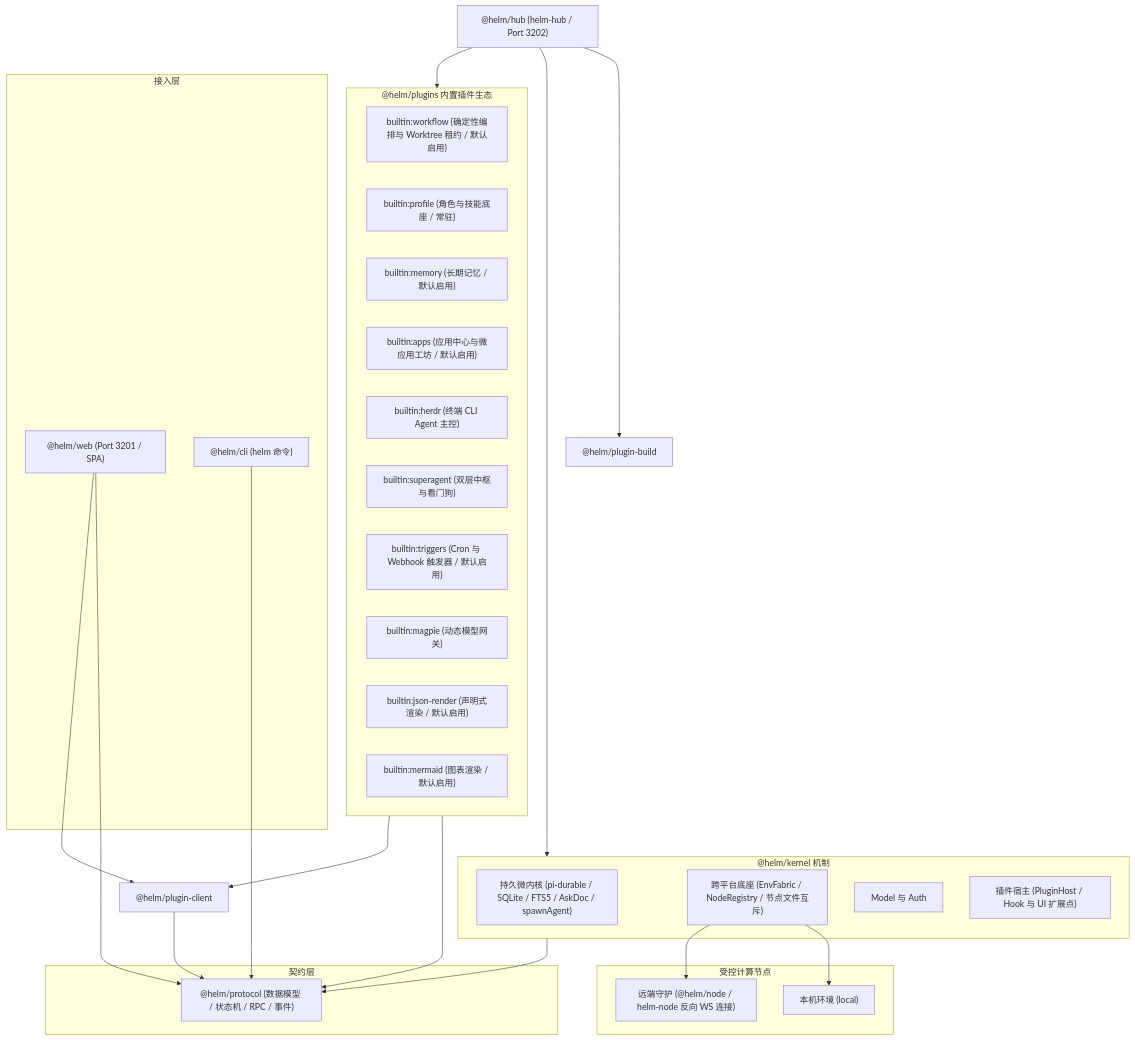
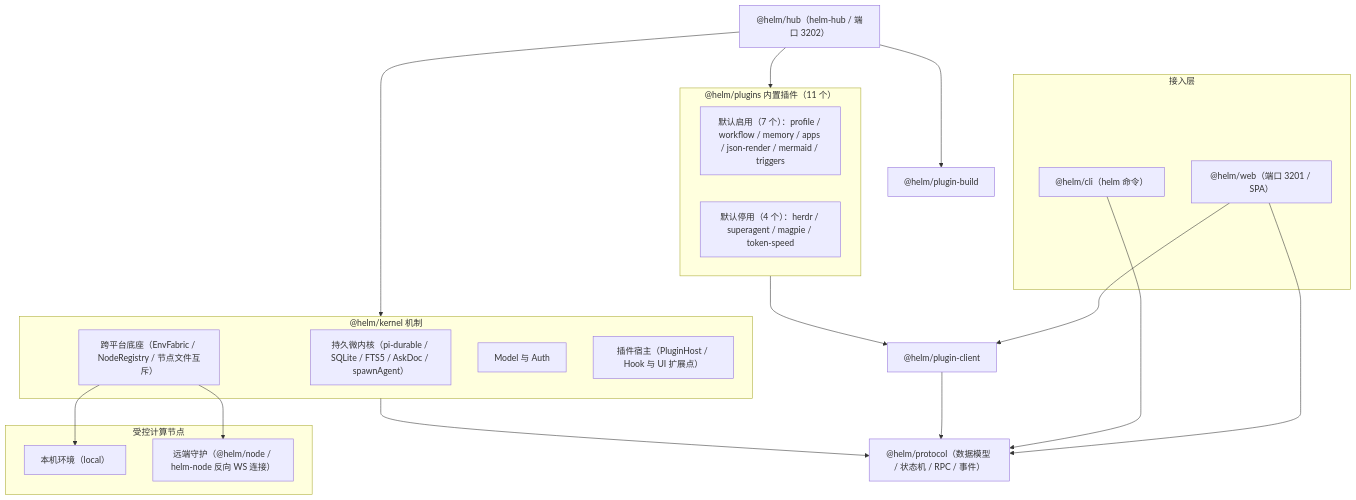
One commit to team4u/helm changed the diagram in README.md. Above: the diagram before and after it, drawn with Mermaid. The commit also changed other lines of this file and 4 other files, not shown here.

````diff
--- a/README.md
+++ b/README.md
@@ -53,52 +30,41 @@
 ```mermaid
 flowchart TD
     subgraph Client["接入层"]
-        Web["@helm/web (Port 3201 / SPA)"]
-        CLI["@helm/cli (helm 命令)"]
+        Web["@helm/web（端口 3201 / SPA）"]
+        CLI["@helm/cli（helm 命令）"]
     end
 
-    subgraph Protocol["契约层"]
-        Prot["@helm/protocol (数据模型 / 状态机 / RPC / 事件)"]
-    end
-
-    Hub["@helm/hub (helm-hub / Port 3202)"]
+    Hub["@helm/hub（helm-hub / 端口 3202）"]
     Build["@helm/plugin-build"]
     ClientSdk["@helm/plugin-client"]
+    Prot["@helm/protocol（数据模型 / 状态机 / RPC / 事件）"]
+
     subgraph Kernel["@helm/kernel 机制"]
-        Durable["持久微内核 (pi-durable / SQLite / FTS5 / AskDoc / spawnAgent)"]
-        Fabric["跨平台底座 (EnvFabric / NodeRegistry / 节点文件互斥)"]
+        Durable["持久微内核（pi-durable / SQLite / FTS5 / AskDoc / spawnAgent）"]
+        Fabric["跨平台底座（EnvFabric / NodeRegistry / 节点文件互斥）"]
         ModelAuth["Model 与 Auth"]
-        Host["插件宿主 (PluginHost / Hook 与 UI 扩展点)"]
+        Host["插件宿主（PluginHost / Hook 与 UI 扩展点）"]
     end
 
     subgraph Nodes["受控计算节点"]
-        Local["本机环境 (local)"]
-        Remote["远端守护 (@helm/node / helm-node 反向 WS 连接)"]
+        Local["本机环境（local）"]
+        Remote["远端守护（@helm/node / helm-node 反向 WS 连接）"]
     end
 
-    subgraph Plugins["@helm/plugins 内置插件生态"]
-        P0["builtin:workflow (确定性编排与 Worktree 租约 / 默认启用)"]
-        P1["builtin:profile (角色与技能底座 / 常驻)"]
-        P1M["builtin:memory (长期记忆 / 默认启用)"]
-        PA["builtin:apps (应用中心与微应用工坊 / 默认启用)"]
-        P2["builtin:herdr (终端 CLI Agent 主控)"]
-        P3["builtin:superagent (双层中枢与看门狗)"]
-        P4["builtin:triggers (Cron 与 Webhook 触发器 / 默认启用)"]
-        P5["builtin:magpie (动态模型网关)"]
-        P6["builtin:json-render (声明式渲染 / 默认启用)"]
-        P7["builtin:mermaid (图表渲染 / 默认启用)"]
+    subgraph Plugins["@helm/plugins 内置插件（11 个）"]
+        Enabled["默认启用（7 个）：profile / workflow / memory / apps / json-render / mermaid / triggers"]
+        Disabled["默认停用（4 个）：herdr / superagent / magpie / token-speed"]
     end
 
+    Web --> ClientSdk
     Web --> Prot
-    Web --> ClientSdk
     CLI --> Prot
     Hub --> Kernel
     Hub --> Plugins
     Hub --> Build
     Kernel --> Prot
-    Plugins --> Prot
     Plugins --> ClientSdk
     ClientSdk --> Prot
     Fabric --> Local
     Fabric --> Remote
 ```
````
